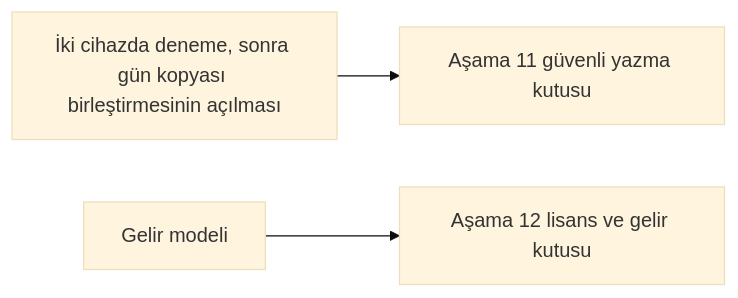
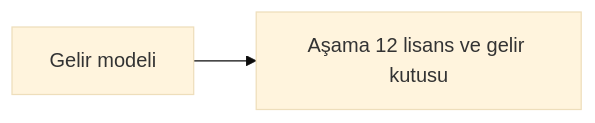
Before and after one commit to dogancanyildiz/kenet: the third of 4 diagrams in docs/roadmap.md, drawn with Mermaid (base theme). The commit also changed other lines of this file and 6 other files, not shown here.

First line of the commit message:
feat: gün kopyası birleştirmesi varsayılan açık (#369)

````diff
--- a/docs/roadmap.md
+++ b/docs/roadmap.md
@@ -82,5 +82,4 @@
 ```mermaid
 flowchart LR
-    GK[İki cihazda deneme, sonra gün kopyası birleştirmesinin açılması] --> A11[Aşama 11 güvenli yazma kutusu]
     GM[Gelir modeli] --> A12[Aşama 12 lisans ve gelir kutusu]
 ```
````
